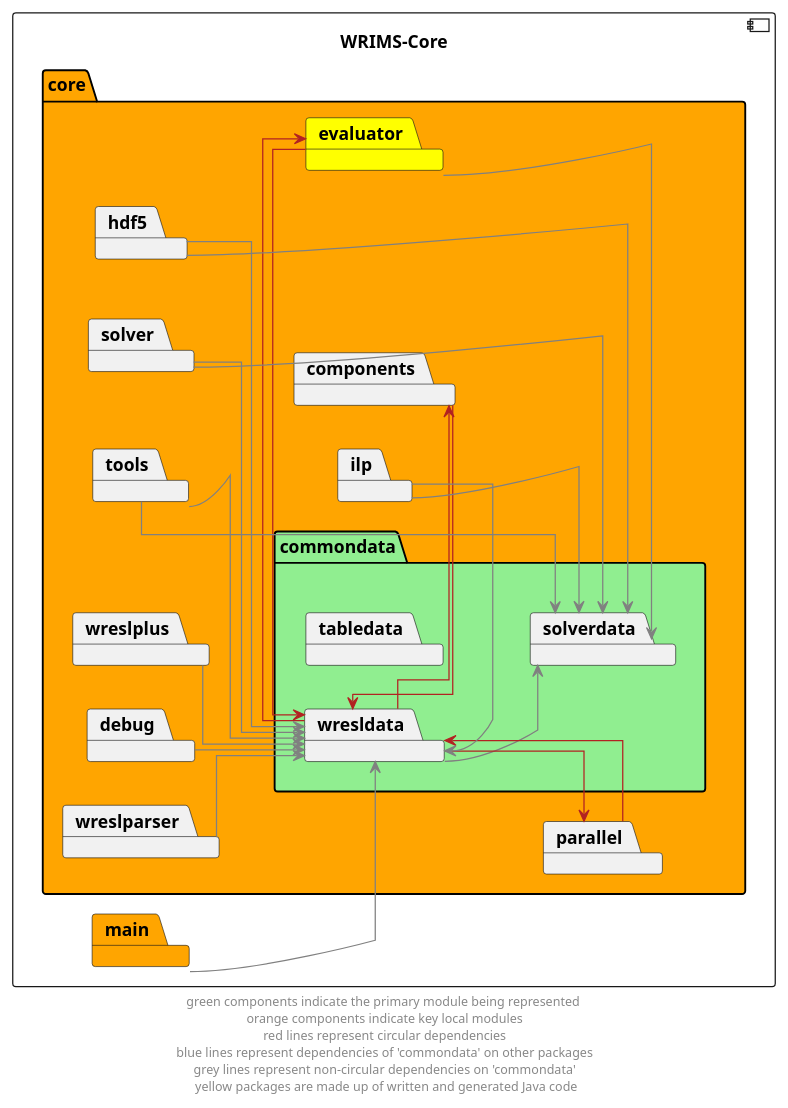
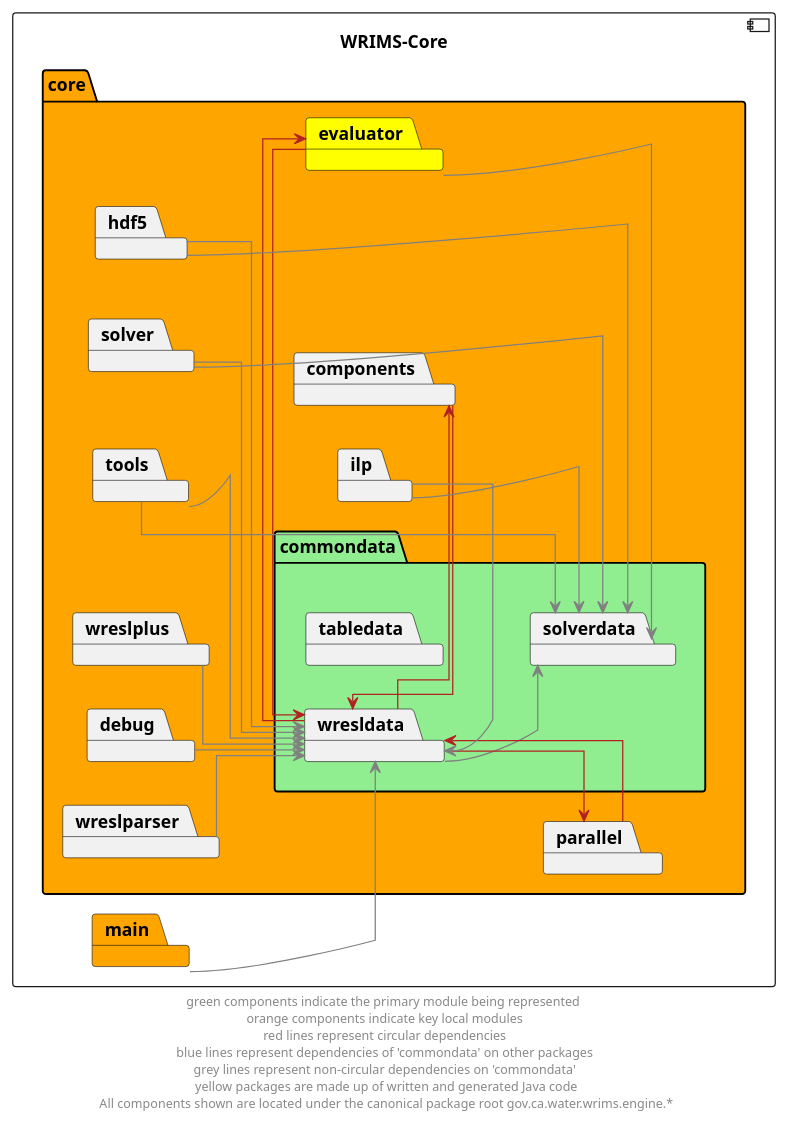
The diagram in docs/diagrams/wrims-core/wrims-core_commondata.puml (CentralValleyModeling/wrims-engine), drawn with PlantUML before and after one commit. The commit also changed 34 other files, not shown here.

Commit message:
Added missing canonical tld path references to diagrams

```diff
--- a/docs/diagrams/wrims-core/wrims-core_commondata.puml
+++ b/docs/diagrams/wrims-core/wrims-core_commondata.puml
@@ -1,58 +1,58 @@
 @startuml
 left to right direction
 skinparam linetype ortho
 
 component wrims_core as "WRIMS-Core" {
     package core #orange {
 
             package commondata #lightgreen {
                 package tabledata
                 package solverdata
                 package wresldata
             }
 
         package debug
         package evaluator #yellow
         package parallel
         package components
         package hdf5
         package ilp
         package solver
         package tools
         package wreslparser
         package wreslplus
 
     }
 package main #orange
 }
 wresldata --> solverdata #grey
 evaluator --> solverdata #grey
 
 wresldata --> parallel #firebrick
 parallel --> wresldata  #firebrick
 wresldata --> evaluator #firebrick
 evaluator --> wresldata #firebrick
 wresldata --> components #firebrick
 components --> wresldata #firebrick
 
 hdf5 -d-> solverdata #grey
 hdf5 -d-> wresldata #grey
 ilp --> solverdata #grey
 ilp -r-> wresldata #grey
 solver --> wresldata #grey
 solver --> solverdata #grey
 tools --> wresldata #grey
 tools --> solverdata #grey
 debug --> wresldata #grey
 wreslparser --> wresldata #grey
 wreslplus --> wresldata #grey
 main --> wresldata #grey
 
 ' The following relationships are hidden and used to format the diagram. They do not represent actual dependencies.
 ' solverdata -l[hidden]-> wresldata
 components -l[hidden] commondata
 evaluator -d[hidden]-> tabledata
 evaluator -l[hidden]-> commondata
 
-footer "green components indicate the primary module being represented \n orange components indicate key local modules \n red lines represent circular dependencies \n blue lines represent dependencies of 'commondata' on other packages \n grey lines represent non-circular dependencies on 'commondata' \n yellow packages are made up of written and generated Java code"
+footer "green components indicate the primary module being represented \n orange components indicate key local modules \n red lines represent circular dependencies \n blue lines represent dependencies of 'commondata' on other packages \n grey lines represent non-circular dependencies on 'commondata' \n yellow packages are made up of written and generated Java code\n All components shown are located under the canonical package root gov.ca.water.wrims.engine.*"
 @enduml
```
